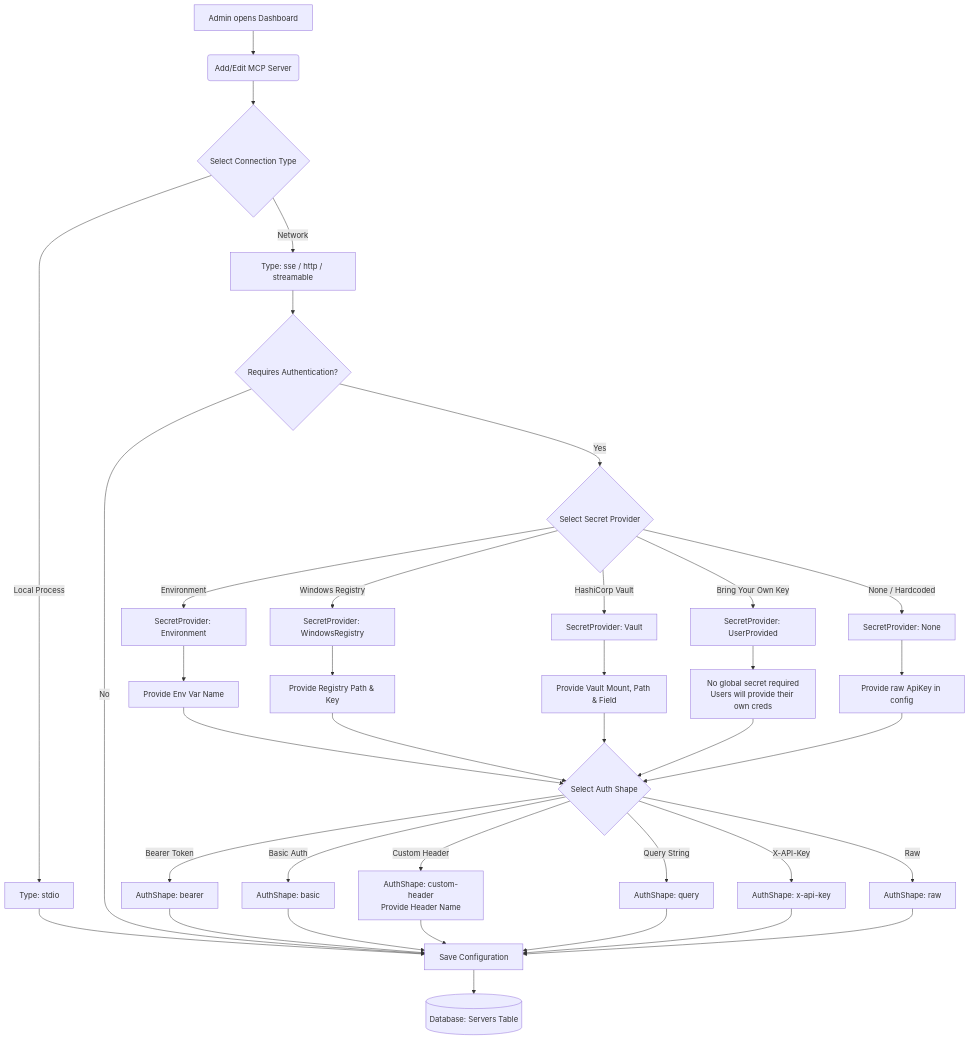
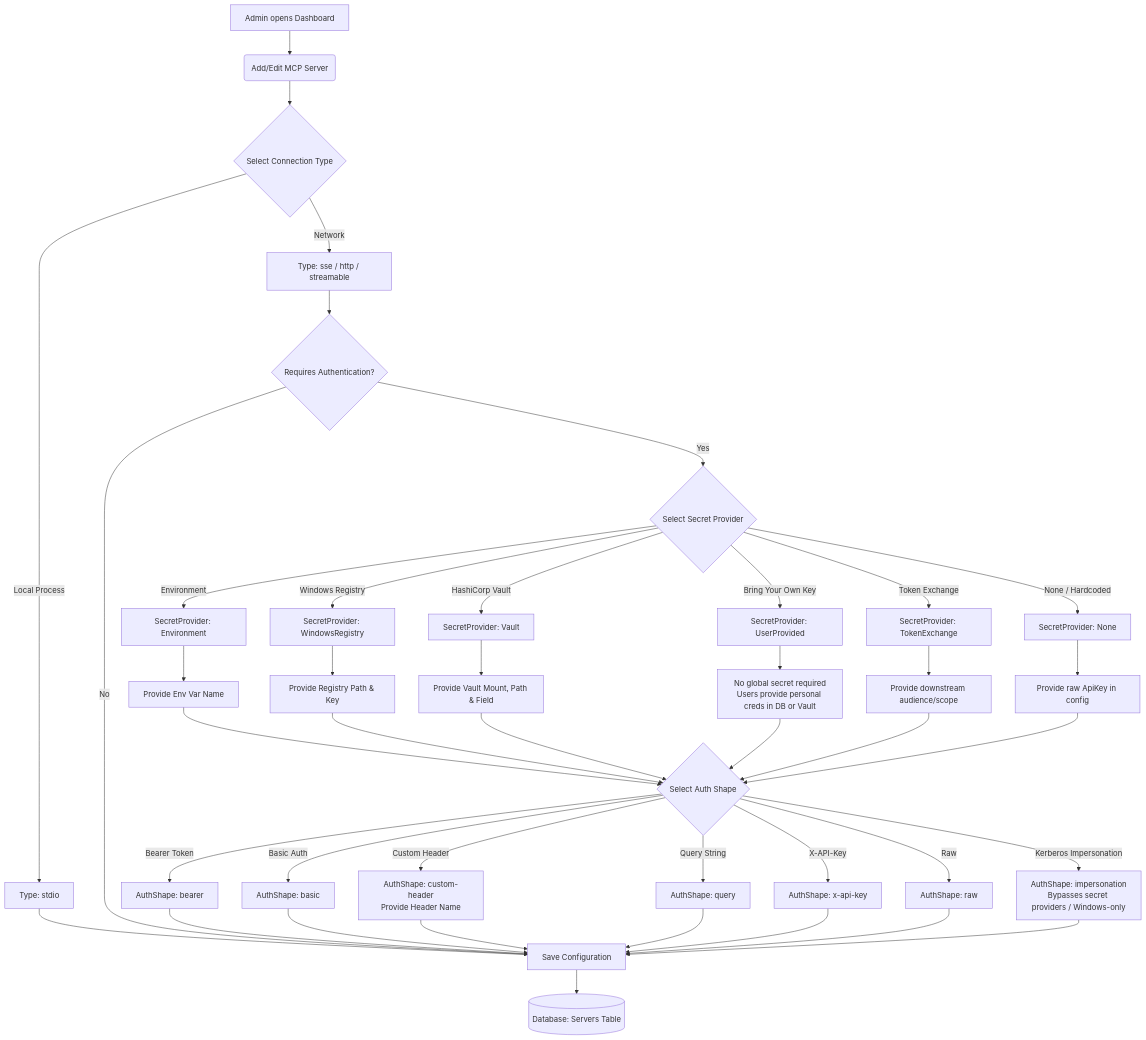
One commit to spelech/model-context-gateway changed the diagram in docs/auth-flows/mcp-server-config-flow.md. Above: the diagram before and after it, drawn with Mermaid. The commit also changed other lines of this file and 8 other files, not shown here.

Commit message:
docs(guides): document auth mixing matrix, guardrails, Vault user secrets, and In-House IdP JWT

````diff
--- a/docs/auth-flows/mcp-server-config-flow.md
+++ b/docs/auth-flows/mcp-server-config-flow.md
@@ -10,49 +10,54 @@
 ```mermaid
 flowchart TD
     A[Admin opens Dashboard] --> B(Add/Edit MCP Server)
     B --> C{Select Connection Type}
     
     C -->|Local Process| D[Type: stdio]
     C -->|Network| E[Type: sse / http / streamable]
     
     E --> F{Requires Authentication?}
     D --> G[Save Configuration]
     
     F -->|No| G
     F -->|Yes| H{Select Secret Provider}
     
     H -->|Environment| I[SecretProvider: Environment]
     H -->|Windows Registry| J[SecretProvider: WindowsRegistry]
     H -->|HashiCorp Vault| K[SecretProvider: Vault]
     H -->|Bring Your Own Key| L[SecretProvider: UserProvided]
+    H -->|Token Exchange| TE[SecretProvider: TokenExchange]
     H -->|None / Hardcoded| M[SecretProvider: None]
     
     I --> N[Provide Env Var Name]
     J --> O[Provide Registry Path & Key]
     K --> P[Provide Vault Mount, Path & Field]
-    L --> Q[No global secret required<br>Users will provide their own creds]
+    L --> Q[No global secret required<br>Users provide personal creds in DB or Vault]
+    TE --> TE_Q[Provide downstream audience/scope]
     M --> R[Provide raw ApiKey in config]
     
     N --> S
     O --> S
     P --> S
     Q --> S
+    TE_Q --> S
     R --> S
     
     S{Select Auth Shape}
     S -->|Bearer Token| T[AuthShape: bearer]
     S -->|Basic Auth| U[AuthShape: basic]
     S -->|Custom Header| V[AuthShape: custom-header<br>Provide Header Name]
     S -->|Query String| W[AuthShape: query]
     S -->|X-API-Key| X[AuthShape: x-api-key]
     S -->|Raw| Y[AuthShape: raw]
+    S -->|Kerberos Impersonation| IMP[AuthShape: impersonation<br>Bypasses secret providers / Windows-only]
     
     T --> G
     U --> G
     V --> G
     W --> G
     X --> G
     Y --> G
+    IMP --> G
     
     G --> Z[(Database: Servers Table)]
 ```
````
